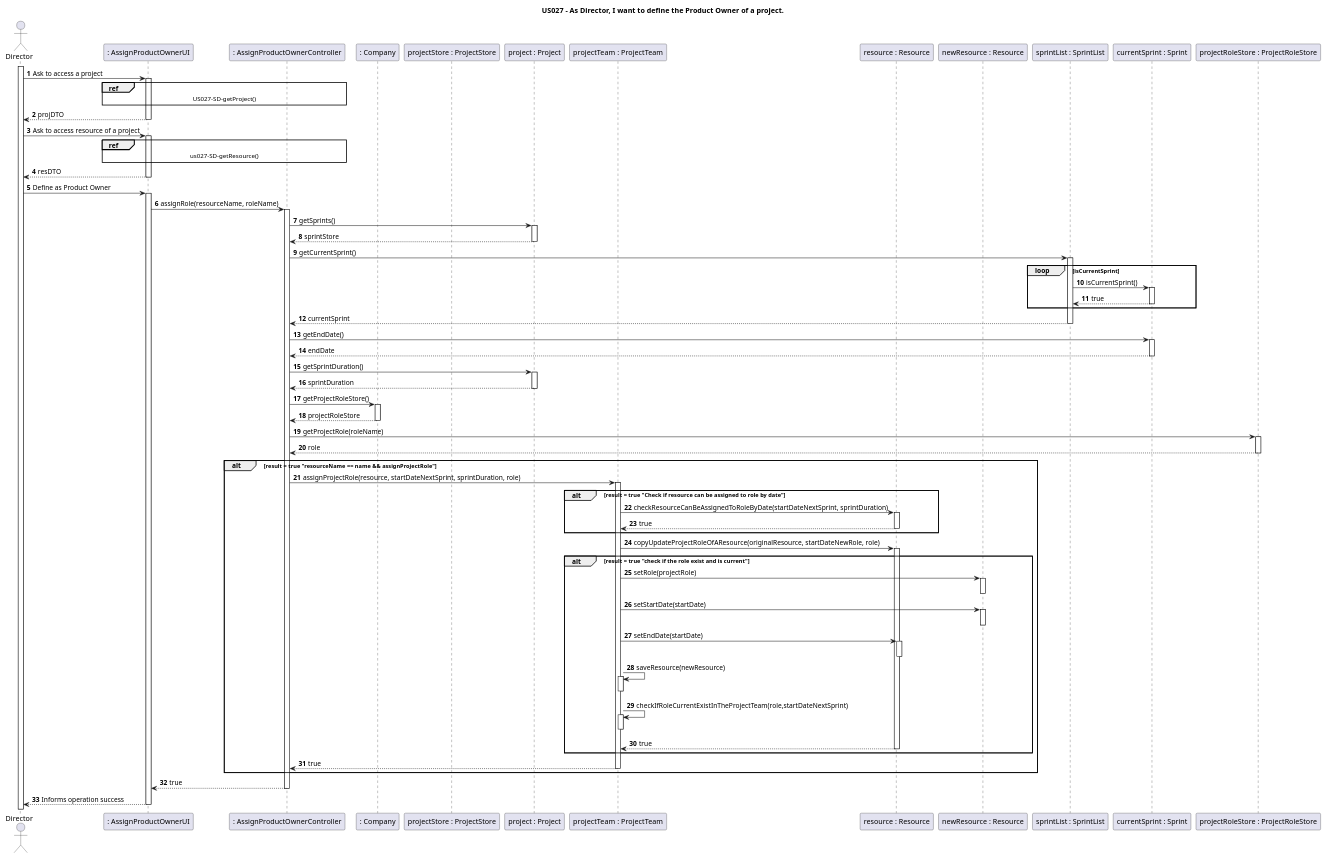
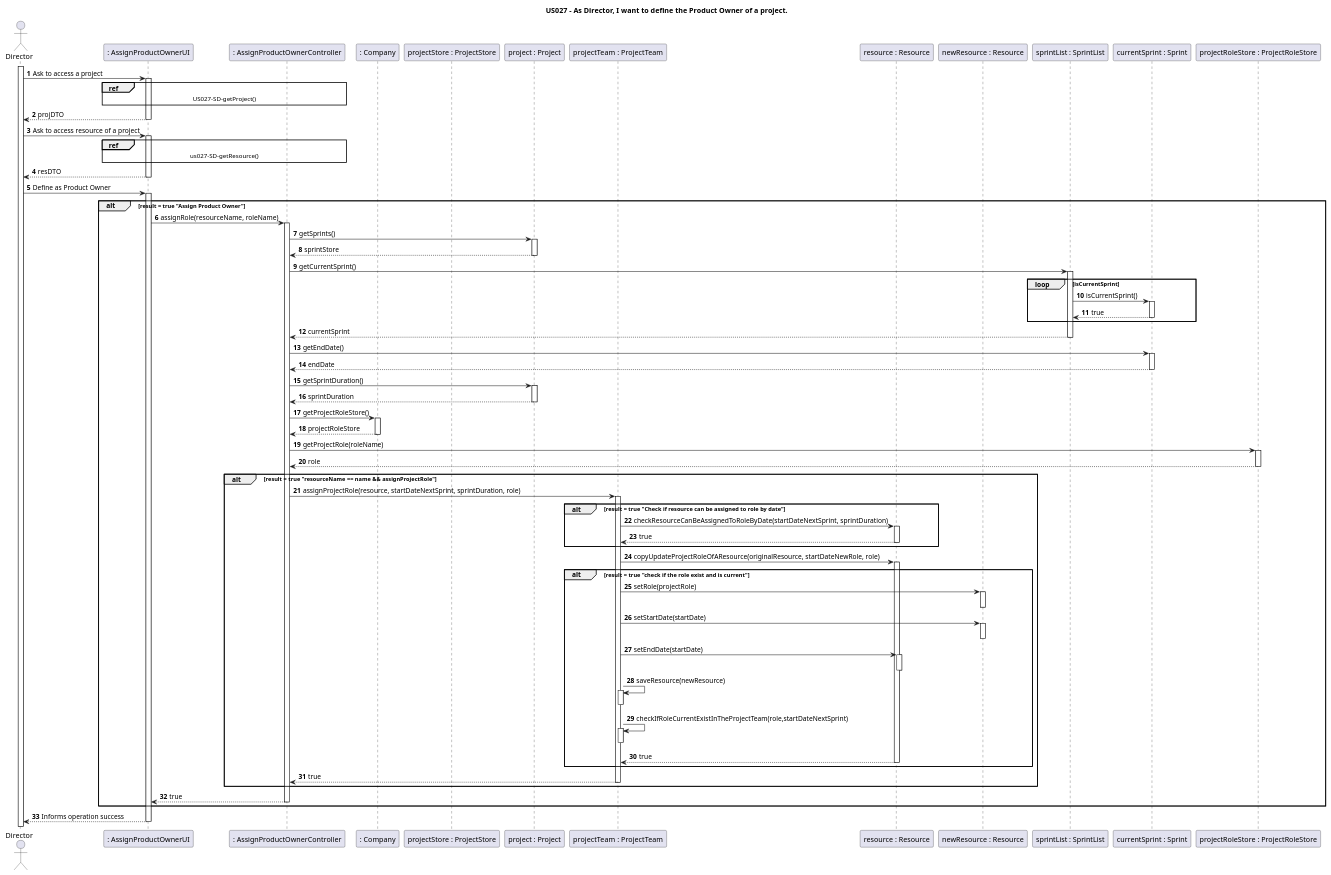
One commit to nunogon1211787/projectManagement changed the diagram in docs/Sprint3/US027/US027-SD.puml. Above: the diagram before and after it, drawn with PlantUML. The commit also changed 5 other files, not shown here.

```diff
--- a/docs/Sprint3/US027/US027-SD.puml
+++ b/docs/Sprint3/US027/US027-SD.puml
@@ -1,75 +1,77 @@
 @startuml
 
 title "US027 - As Director, I want to define the Product Owner of a project."
 
 autoactivate on
 autonumber
 
 actor "Director" as Director
 participant ": AssignProductOwnerUI" as UI
 participant ": AssignProductOwnerController" as Controller
 participant ": Company" as C1
 participant "projectStore : ProjectStore" as C2
 participant "project : Project" as C3
 participant "projectTeam : ProjectTeam" as C4
 participant "resource : Resource" as C5
 participant "newResource : Resource" as C6
 participant "sprintList : SprintList" as C7
 participant "currentSprint : Sprint" as C8
 participant "projectRoleStore : ProjectRoleStore" as C9
 
 activate Director
 
 Director -> UI: Ask to access a project
     ref over UI, Controller : US027-SD-getProject()
 UI --> Director: projDTO
 
 Director -> UI: Ask to access resource of a project
     ref over UI, Controller : us027-SD-getResource()
 return resDTO
 
 Director -> UI: Define as Product Owner
-UI -> Controller: assignRole(resourceName, roleName)
-Controller -> C3: getSprints()
-return sprintStore
-Controller -> C7: getCurrentSprint()
-    loop isCurrentSprint
-        C7 -> C8: isCurrentSprint()
+alt result = true "Assign Product Owner"
+    UI -> Controller: assignRole(resourceName, roleName)
+    Controller -> C3: getSprints()
+    return sprintStore
+    Controller -> C7: getCurrentSprint()
+        loop isCurrentSprint
+            C7 -> C8: isCurrentSprint()
+            return true
+        end
+    return currentSprint
+    Controller -> C8: getEndDate()
+    return endDate
+    Controller -> C3: getSprintDuration()
+    return sprintDuration
+    Controller -> C1: getProjectRoleStore()
+    return projectRoleStore
+    Controller -> C9: getProjectRole(roleName)
+    return role
+        alt result = true "resourceName == name && assignProjectRole"
+            Controller -> C4: assignProjectRole(resource, startDateNextSprint, sprintDuration, role)
+            alt result = true "Check if resource can be assigned to role by date"
+            C4 -> C5: checkResourceCanBeAssignedToRoleByDate(startDateNextSprint, sprintDuration)
+            return true
+            end
+            C4 -> C5: copyUpdateProjectRoleOfAResource(originalResource, startDateNewRole, role)
+            alt result = true "check if the role exist and is current"
+
+                C4 -> C6: setRole(projectRole)
+                deactivate
+                C4 -> C6: setStartDate(startDate)
+                deactivate
+                C4 -> C5: setEndDate(startDate)
+                deactivate
+                    C4 -> C4: saveResource(newResource)
+                    deactivate
+                    C4 -> C4: checkIfRoleCurrentExistInTheProjectTeam(role,startDateNextSprint)
+                    deactivate
+                return true
+            end
         return true
-    end
-return currentSprint
-Controller -> C8: getEndDate()
-return endDate
-Controller -> C3: getSprintDuration()
-return sprintDuration
-Controller -> C1: getProjectRoleStore()
-return projectRoleStore
-Controller -> C9: getProjectRole(roleName)
-return role
-    alt result = true "resourceName == name && assignProjectRole"
-        Controller -> C4: assignProjectRole(resource, startDateNextSprint, sprintDuration, role)
-    alt result = true "Check if resource can be assigned to role by date"
-    C4 -> C5: checkResourceCanBeAssignedToRoleByDate(startDateNextSprint, sprintDuration)
+        end
     return true
-    end
-    C4 -> C5: copyUpdateProjectRoleOfAResource(originalResource, startDateNewRole, role)
-    alt result = true "check if the role exist and is current"
-
-    C4 -> C6: setRole(projectRole)
-    deactivate
-    C4 -> C6: setStartDate(startDate)
-    deactivate
-    C4 -> C5: setEndDate(startDate)
-    deactivate
-        C4 -> C4: saveResource(newResource)
-        deactivate
-        C4 -> C4: checkIfRoleCurrentExistInTheProjectTeam(role,startDateNextSprint)
-        deactivate
-    return true
-    end
-return true
 end
-return true
 return Informs operation success
 
 @enduml
```
